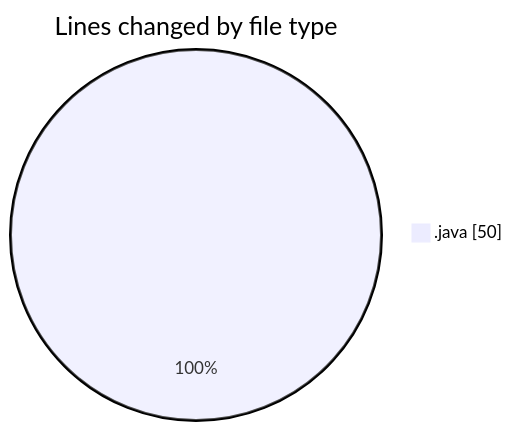
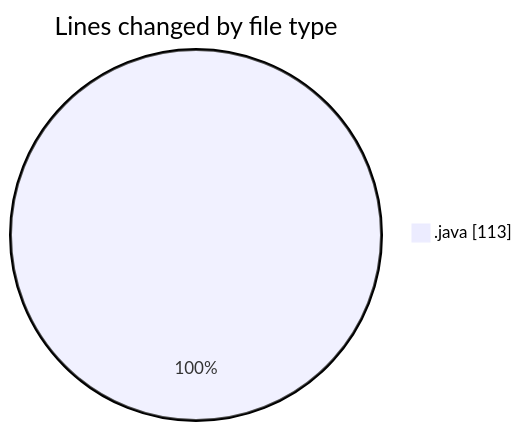
The first of 2 diagrams in 2025-02-23/startfiles/README.md (NitaiMahat/code-tracking), drawn with Mermaid before and after one commit. The commit also changed other lines of this file and 1 other file, not shown here.

````diff
--- a/2025-02-23/startfiles/README.md
+++ b/2025-02-23/startfiles/README.md
@@ -20,5 +20,5 @@
 ```mermaid
 pie showData
 title Lines changed by file type
-".java" : 50
+".java" : 113
 ```
````
